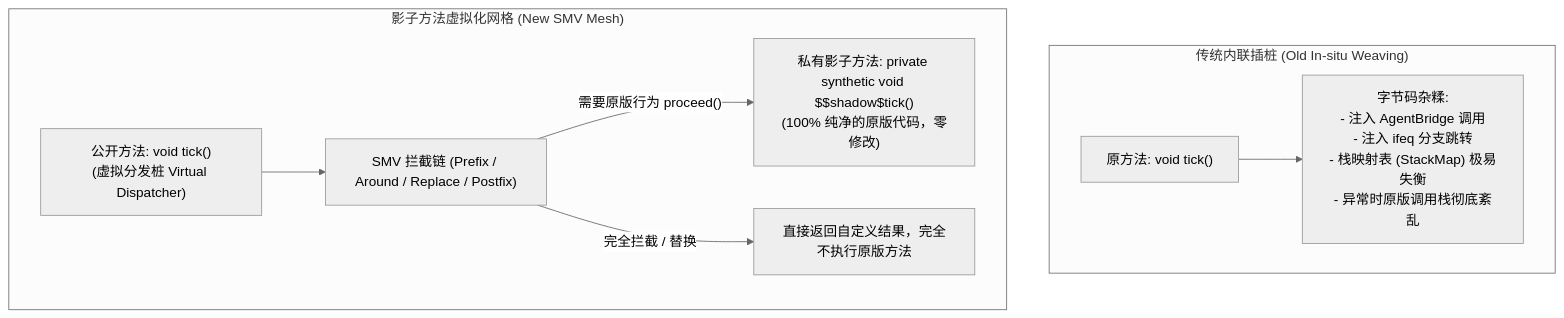
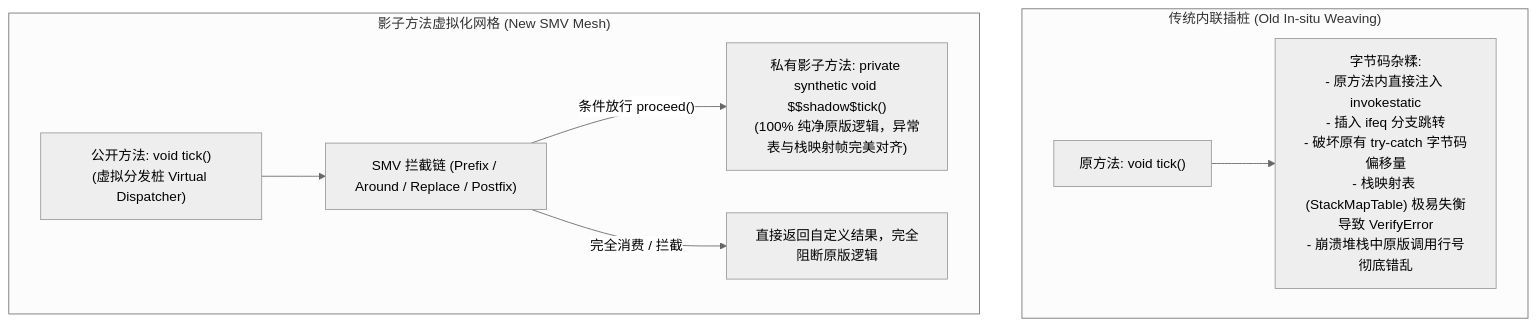
The second of 3 diagrams in docs/new_base/Module-SMV-Mesh.md (nooooocato/graal-agent), drawn with Mermaid (neutral theme) before and after one commit. The commit also changed other lines of this file and 16 other files, not shown here.

````diff
--- a/docs/new_base/Module-SMV-Mesh.md
+++ b/docs/new_base/Module-SMV-Mesh.md
@@ -27,12 +111,12 @@
 ```mermaid
 flowchart TD
     subgraph Bad["传统内联插桩 (Old In-situ Weaving)"]
-        M1["原方法: void tick()"] --> BCode["字节码杂糅:\n- 注入 AgentBridge 调用\n- 注入 ifeq 分支跳转\n- 栈映射表 (StackMap) 极易失衡\n- 异常时原版调用栈彻底紊乱"]
+        M1["原方法: void tick()"] --> BCode["字节码杂糅:\n- 原方法内直接注入 invokestatic\n- 插入 ifeq 分支跳转\n- 破坏原有 try-catch 字节码偏移量\n- 栈映射表 (StackMapTable) 极易失衡导致 VerifyError\n- 崩溃堆栈中原版调用行号彻底错乱"]
     end
 
     subgraph Good["影子方法虚拟化网格 (New SMV Mesh)"]
         M2["公开方法: void tick()\n(虚拟分发桩 Virtual Dispatcher)"] --> Hooks["SMV 拦截链 (Prefix / Around / Replace / Postfix)"]
-        Hooks -->|"需要原版行为 proceed()"| SMethod["私有影子方法: private synthetic void $$shadow$tick()\n(100% 纯净的原版代码，零修改)"]
-        Hooks -->|完全拦截 / 替换| CustomReturn["直接返回自定义结果，完全不执行原版方法"]
+        Hooks -->|"条件放行 proceed()"| SMethod["私有影子方法: private synthetic void $$shadow$tick()\n(100% 纯净原版逻辑，异常表与栈映射帧完美对齐)"]
+        Hooks -->|完全消费 / 拦截| CustomReturn["直接返回自定义结果，完全阻断原版逻辑"]
     end
 ```
````
